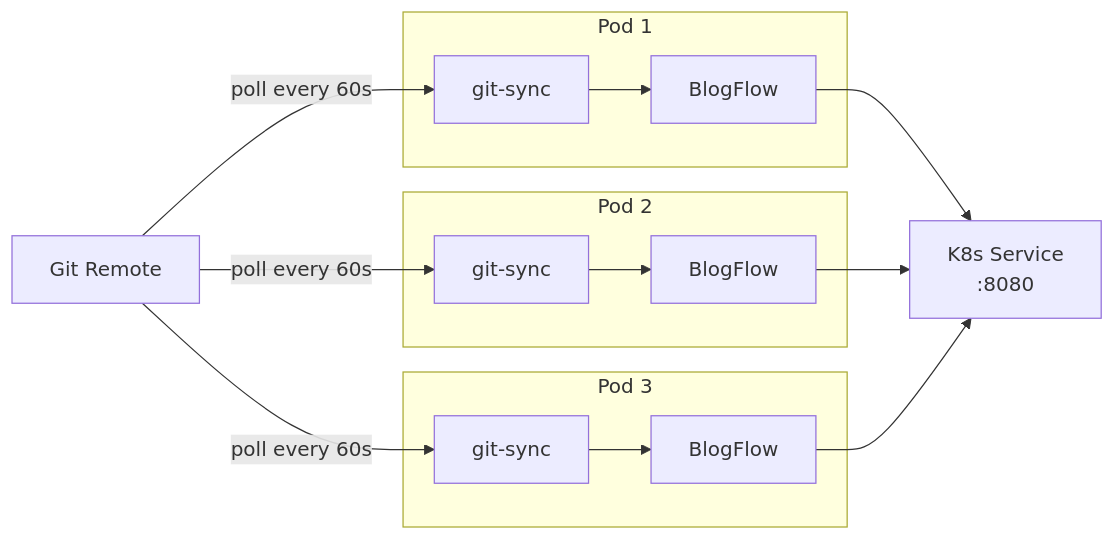
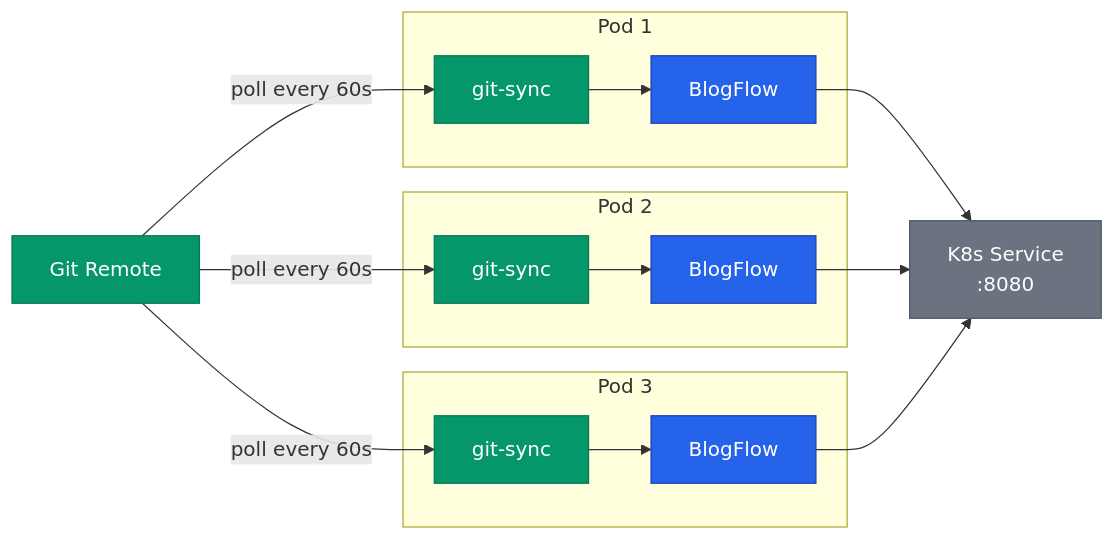
The seventh of 8 diagrams in docs/deployment-guide.md (khaines/blogflow), drawn with Mermaid before and after one commit. The commit also changed other lines of this file and 1 other file, not shown here.

Commit message:
docs: apply consistent Mermaid theme to user-facing diagrams

````diff
--- a/docs/deployment-guide.md
+++ b/docs/deployment-guide.md
@@ -566,18 +589,22 @@
 ```mermaid
 graph LR
-    Git["Git Remote"] -- "poll every 60s" --> GS1["git-sync"]
-    Git -- "poll every 60s" --> GS2["git-sync"]
-    Git -- "poll every 60s" --> GS3["git-sync"]
+    classDef primary fill:#2563eb,stroke:#1e40af,color:#fff
+    classDef external fill:#059669,stroke:#047857,color:#fff
+    classDef muted fill:#6b7280,stroke:#4b5563,color:#fff
+
+    Git["Git Remote"]:::external -- "poll every 60s" --> GS1["git-sync"]:::external
+    Git -- "poll every 60s" --> GS2["git-sync"]:::external
+    Git -- "poll every 60s" --> GS3["git-sync"]:::external
 
     subgraph Pod1 ["Pod 1"]
-        GS1 --> BF1["BlogFlow"]
+        GS1 --> BF1["BlogFlow"]:::primary
     end
     subgraph Pod2 ["Pod 2"]
-        GS2 --> BF2["BlogFlow"]
+        GS2 --> BF2["BlogFlow"]:::primary
     end
     subgraph Pod3 ["Pod 3"]
-        GS3 --> BF3["BlogFlow"]
+        GS3 --> BF3["BlogFlow"]:::primary
     end
 
-    BF1 & BF2 & BF3 --> Svc["K8s Service\n:8080"]
+    BF1 & BF2 & BF3 --> Svc["K8s Service<br/>:8080"]:::muted
 ```
````
